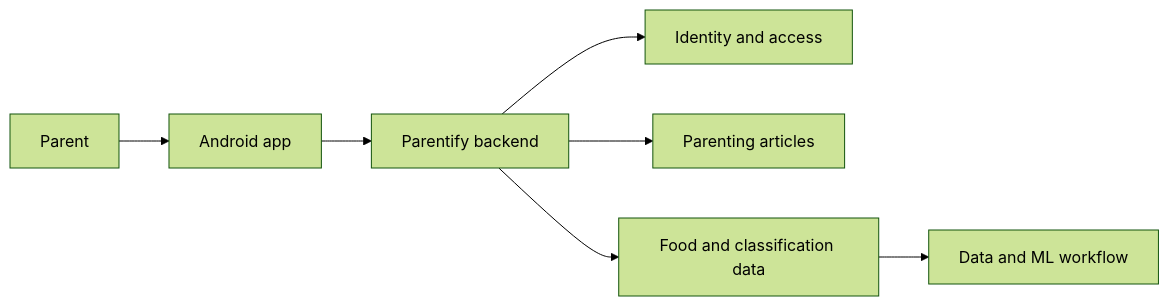
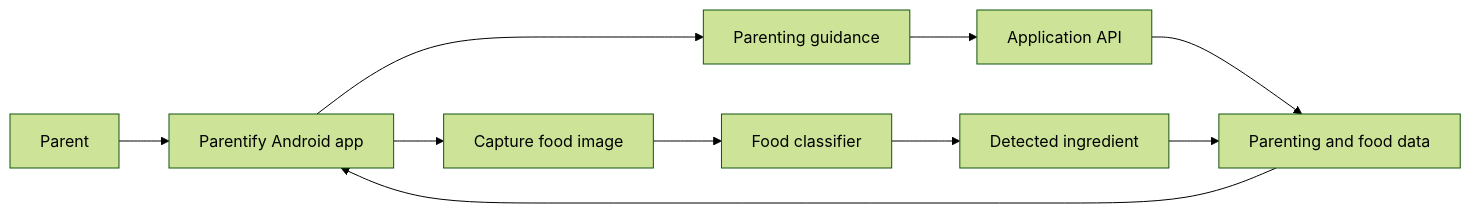
The first of 2 diagrams in frontend/content/projects/parentify.md (farismnrr/portofolio), drawn with Mermaid (forest theme) before and after one commit. The commit also changed other lines of this file, not shown here.

Commit message:
content: expand Parentify project case study

````diff
--- a/frontend/content/projects/parentify.md
+++ b/frontend/content/projects/parentify.md
@@ -38,9 +36,15 @@
 ```mermaid
 flowchart LR
-    U[Parent] --> M[Android app]
-    M --> API[Parentify backend]
-    API --> AUTH[Identity and access]
-    API --> ARTICLE[Parenting articles]
-    API --> FOOD[Food and classification data]
-    FOOD --> ML[Data and ML workflow]
+    U[Parent] --> APP[Parentify Android app]
+    APP --> GUIDE[Parenting guidance]
+    APP --> CAMERA[Capture food image]
+
+    GUIDE --> API[Application API]
+    CAMERA --> MODEL[Food classifier]
+
+    API --> DATA[Parenting and food data]
+    MODEL --> RESULT[Detected ingredient]
+    RESULT --> DATA
+
+    DATA --> APP
 ```
````
